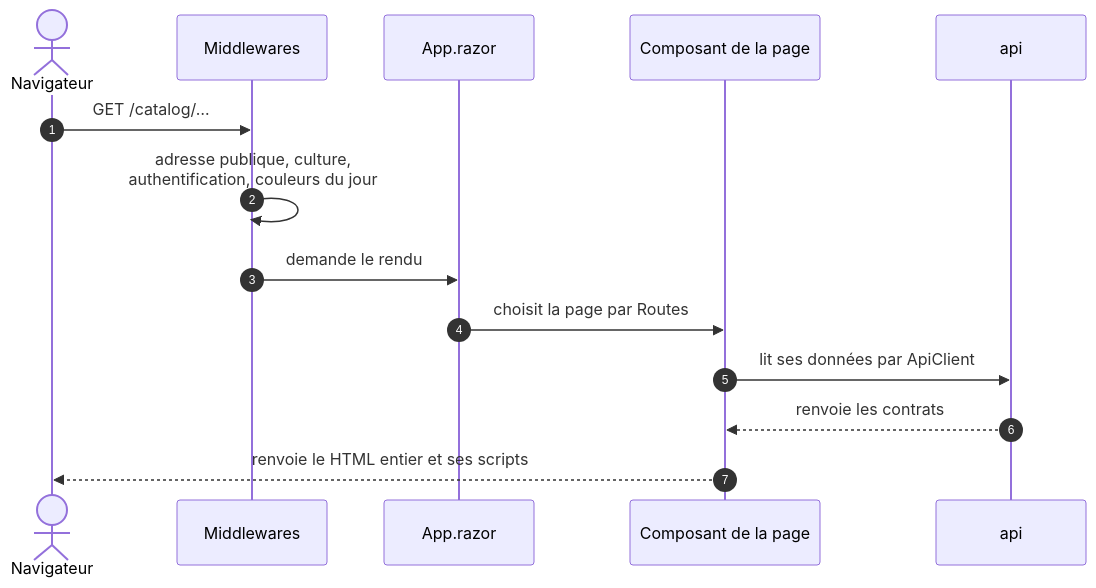
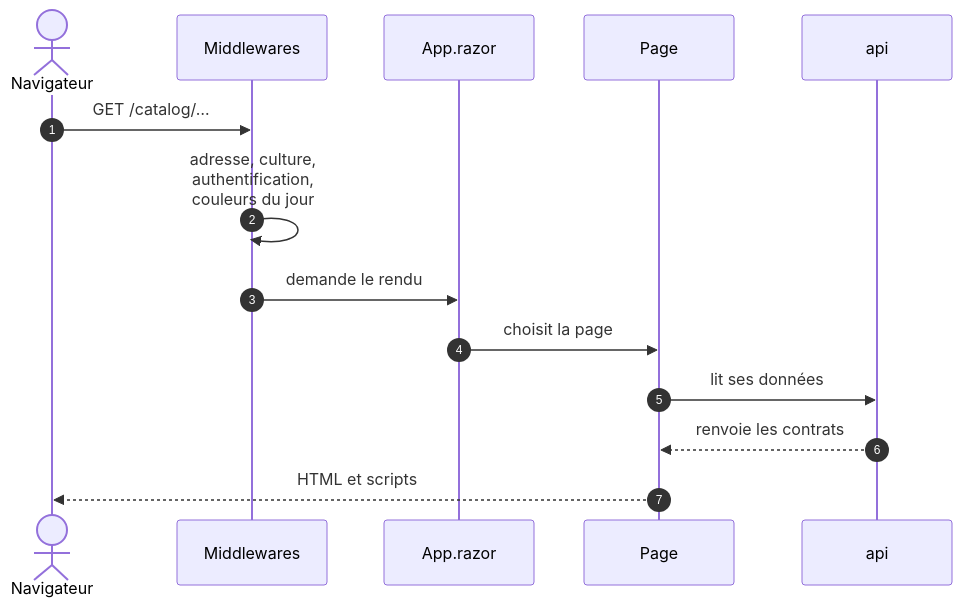
The first of 3 diagrams in docs/tech/mecanismes/frontend-rendu-et-saisie.md (Tetram76/bdtheque-claude), drawn with Mermaid before and after one commit. The commit also changed 3 other files, not shown here.

First line of the commit message:
docs(tech): marge de lisibilité des diagrammes proches du seuil

````diff
--- a/docs/tech/mecanismes/frontend-rendu-et-saisie.md
+++ b/docs/tech/mecanismes/frontend-rendu-et-saisie.md
@@ -24,17 +24,17 @@
 ```mermaid
 sequenceDiagram
     autonumber
     actor browser as Navigateur
     participant pipeline as Middlewares
     participant app as App.razor
-    participant page as Composant de la page
+    participant page as Page
     participant api as api
 
     browser->>pipeline: GET /catalog/…
-    pipeline->>pipeline: adresse publique, culture,<br/>authentification, couleurs du jour
+    pipeline->>pipeline: adresse, culture,<br/>authentification,<br/>couleurs du jour
     pipeline->>app: demande le rendu
-    app->>page: choisit la page par Routes
-    page->>api: lit ses données par ApiClient
+    app->>page: choisit la page
+    page->>api: lit ses données
     api-->>page: renvoie les contrats
-    page-->>browser: renvoie le HTML entier et ses scripts
+    page-->>browser: HTML et scripts
 ```
````
